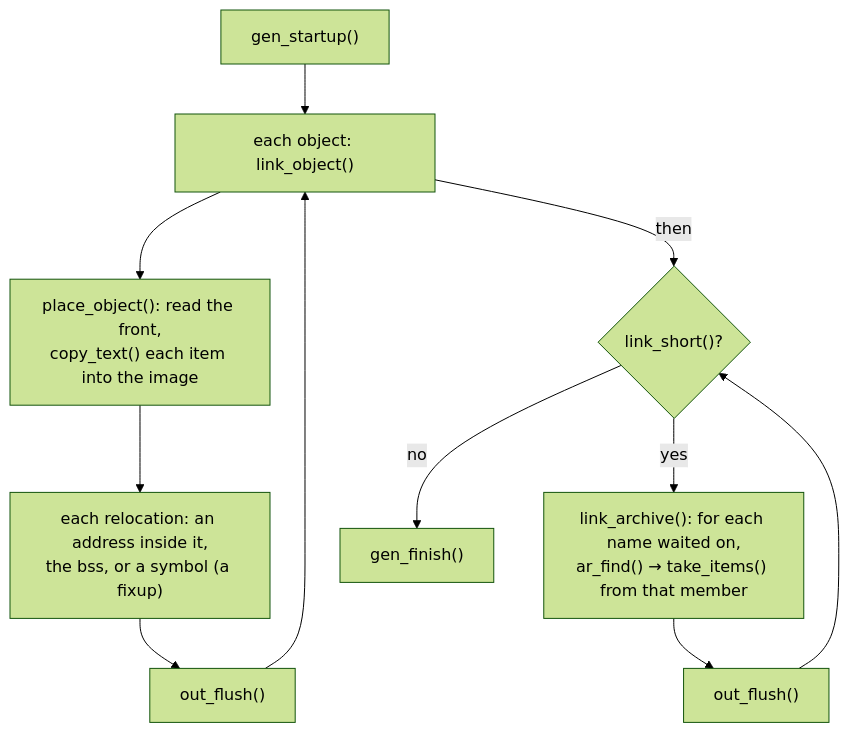
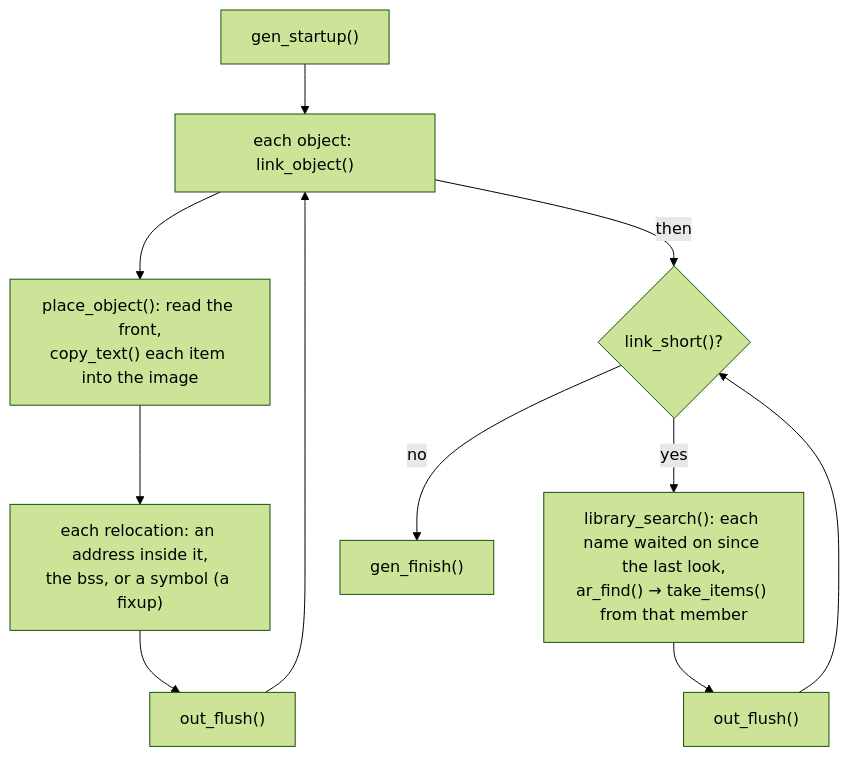
One commit to avalonbits/acc changed the sixth of 6 diagrams in docs/DESIGN.md. Above: the diagram before and after it, drawn with Mermaid (forest theme). The commit also changed other lines of this file and 5 other files, not shown here.

````diff
--- a/docs/DESIGN.md
+++ b/docs/DESIGN.md
@@ -714,12 +733,12 @@
 ```mermaid
 flowchart TD
     start["gen_startup()"] --> objs["each object: link_object()"]
     objs --> place["place_object(): read the front,<br/>copy_text() each item into the image"]
     place --> rel["each relocation: an address inside it,<br/>the bss, or a symbol (a fixup)"]
     rel --> flush["out_flush()"]
     flush --> objs
     objs -->|"then"| lib{"link_short()?"}
-    lib -->|"yes"| arch["link_archive(): for each name waited on,<br/>ar_find() → take_items() from that member"]
+    lib -->|"yes"| arch["library_search(): each name waited on since the last look,<br/>ar_find() → take_items() from that member"]
     arch --> flush2["out_flush()"] --> lib
     lib -->|"no"| fin["gen_finish()"]
 ```
````
